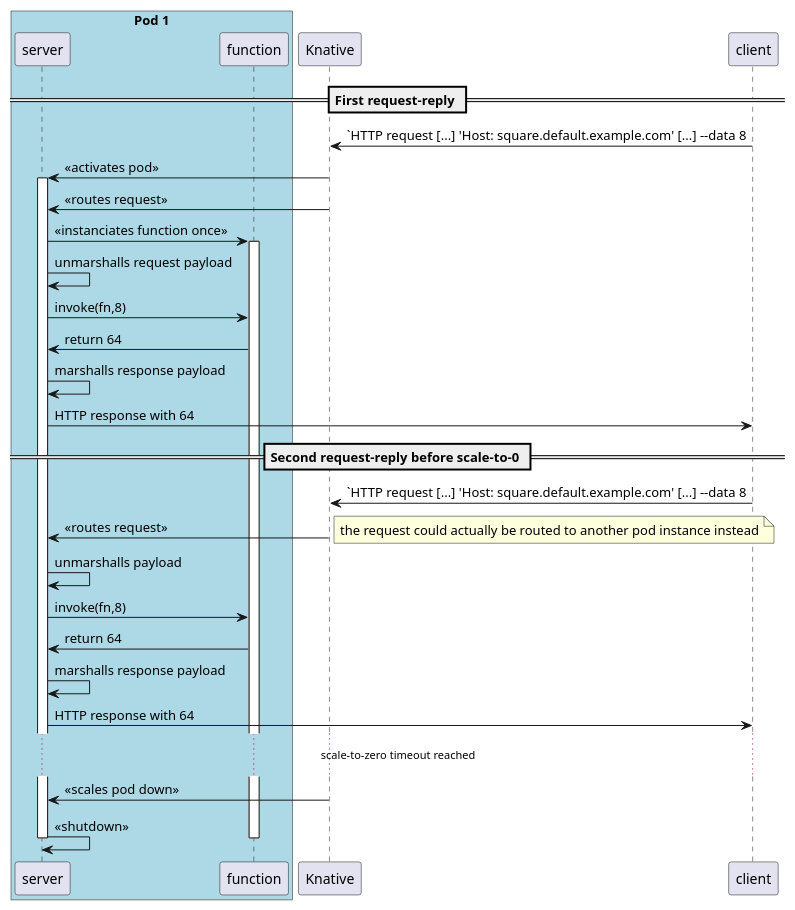
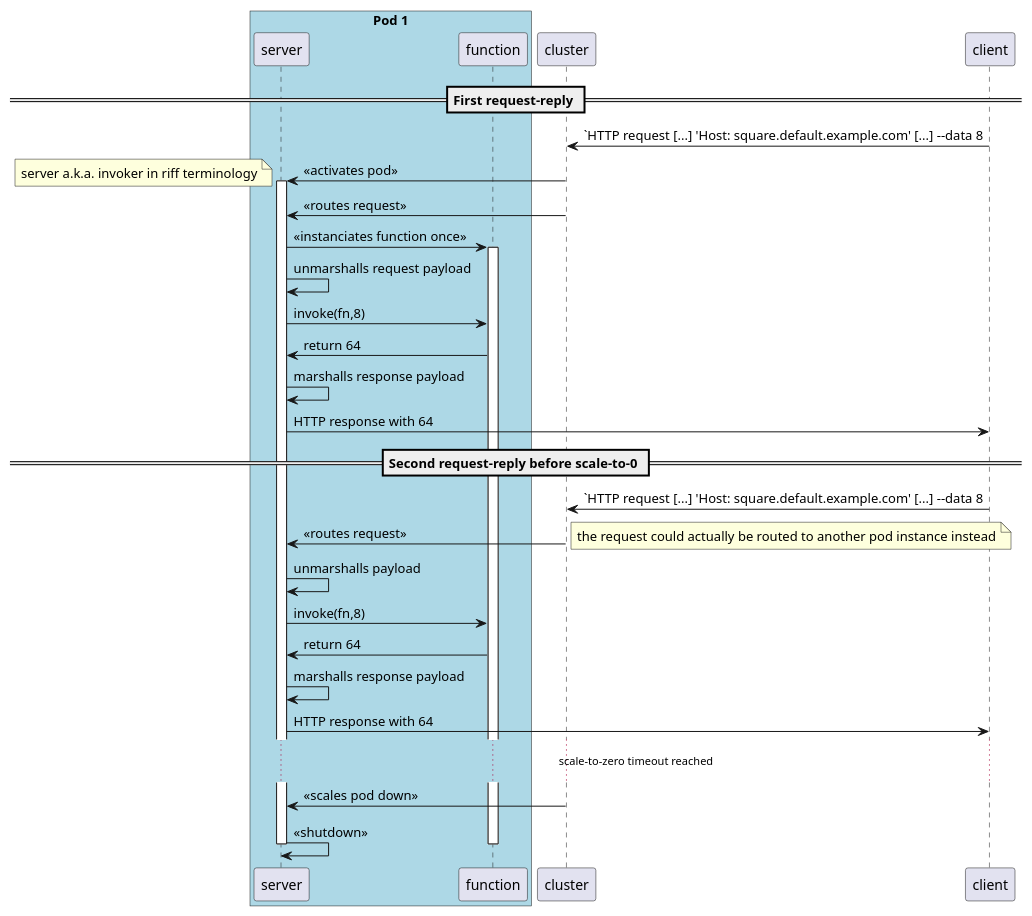
Before and after one commit to fbiville/riff-docs: the diagram in streaming.adoc, drawn with PlantUML.

Commit message:
Rename Knative to cluster + add note about server

```diff
--- a/streaming.adoc
+++ b/streaming.adoc
@@ -6,36 +6,37 @@
 [plantuml, format="png"]
 ----
 box "Pod 1" #LightBlue
 	participant server
 	participant function
 end box
-participant Knative
+participant cluster
 participant client
 
 == First request-reply ==
-client -> Knative : `HTTP request [...] 'Host: square.default.example.com' [...] --data 8
-Knative -> server : << activates pod >>
+client -> cluster : `HTTP request [...] 'Host: square.default.example.com' [...] --data 8
+cluster -> server : << activates pod >>
+note left: server a.k.a. invoker in riff terminology
 activate server
-Knative -> server : << routes request >>
+cluster -> server : << routes request >>
 server -> function : << instanciates function once >>
 activate function
 server -> server : unmarshalls request payload
 server -> function : invoke(fn,8)
 function -> server : return 64
 server -> server : marshalls response payload
 server -> client : HTTP response with 64
 == Second request-reply before scale-to-0 ==
-client -> Knative : `HTTP request [...] 'Host: square.default.example.com' [...] --data 8
-Knative -> server : << routes request >>
+client -> cluster : `HTTP request [...] 'Host: square.default.example.com' [...] --data 8
+cluster -> server : << routes request >>
 note right: the request could actually be routed to another pod instance instead
 server -> server : unmarshalls payload
 server -> function : invoke(fn,8)
 function -> server : return 64
 server -> server : marshalls response payload
 server -> client : HTTP response with 64
 ...scale-to-zero timeout reached...
-Knative -> server : <<scales pod down>>
+cluster -> server : <<scales pod down>>
 server -> server : << shutdown >>
 deactivate function
 deactivate server
 ----
```
